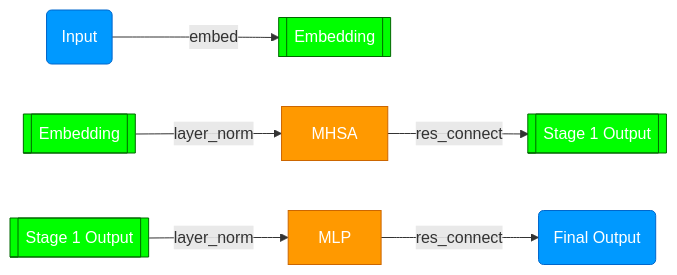
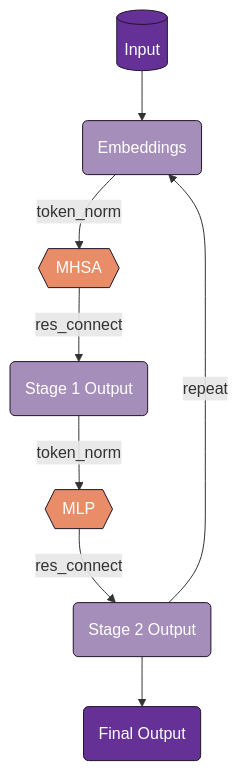
Before and after one commit to faunebl/thesis: the diagram in thesis.qmd, drawn with Mermaid. The commit also changed other lines of this file and 7 other files, not shown here.

````diff
--- a/thesis.qmd
+++ b/thesis.qmd
@@ -166,15 +166,19 @@
 ```{mermaid}
-graph LR
-A(Input) -- embed --> B[[Embedding]]
-C[[Embedding]] -- layer_norm --> D[MHSA]
-D -- res_connect --> E[[Stage 1 Output]]
-J[[Stage 1 Output]] -- layer_norm --> G[MLP]
-G -- res_connect --> K(Final Output)
+%%| fig-height: 3.5
+%%| fig-width: 6.5
+graph TB
+I[(Input)] --> E(Embeddings)
+S2(Stage 2 Output) -- repeat --> E
+E -- token_norm --> MHSA(MHSA)
+MHSA{{MHSA}} -- res_connect --> S1(Stage 1 Output)
+S1 -- token_norm --> MLP{{MLP}}
+MLP -- res_connect --> S2
+S2 --> F(Final Output)
 
-classDef blue fill:#0099ff,stroke:#0066cc,color:#ffffff;
-class A,J,K,I blue;
-classDef green fill:#00ff00,stroke:#006600,color:#ffffff;
-class B,C,E,J green;
-classDef orange fill:#ff9900,stroke:#cc6600,color:#ffffff;
-class D,F,G,H orange;
+classDef blue fill:#663196,stroke:#20152a,color:#ffffff;
+class I,F blue;
+classDef green fill:#a58eb9,stroke:#20152a,color:#ffffff;
+class E,S1,S2 green;
+classDef orange fill:#e88d67,stroke:#20152a,color:#ffffff;
+class MHSA,MLP orange;
 ```
````
